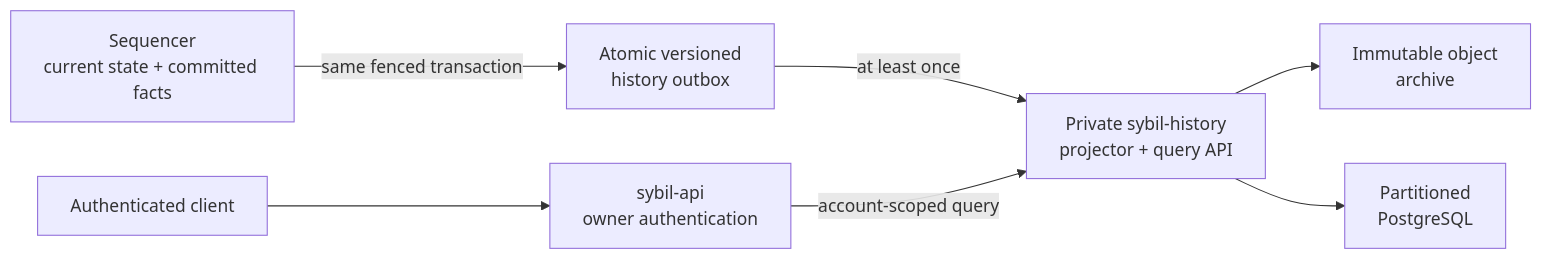
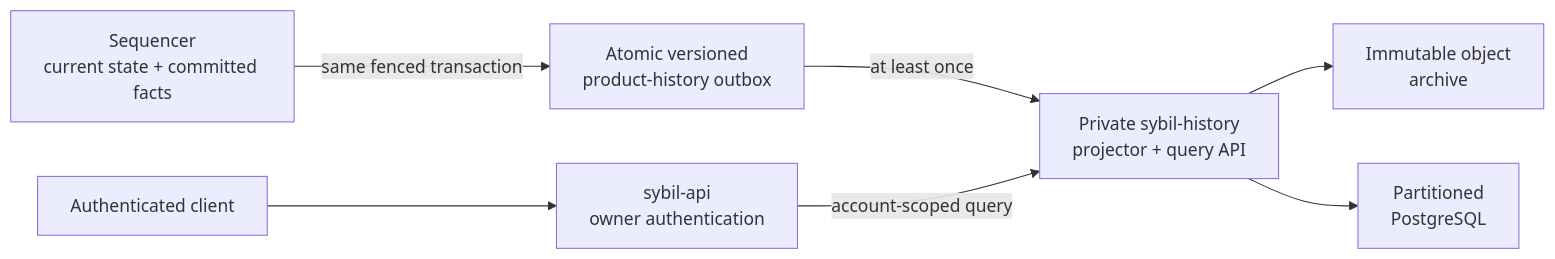
The diagram in design/history-service-architecture-2026-07-12.md (MetaB0y/sybil), drawn with Mermaid before and after one commit. The commit also changed 81 other files, not shown here.

````diff
--- a/design/history-service-architecture-2026-07-12.md
+++ b/design/history-service-architecture-2026-07-12.md
@@ -41,17 +41,17 @@
 ```mermaid
 flowchart LR
     SEQ["Sequencer<br/>current state + committed facts"]
-    OUT["Atomic versioned<br/>history outbox"]
+    OUT["Atomic versioned<br/>product-history outbox"]
     IDX["Private sybil-history<br/>projector + query API"]
     ARC["Immutable object<br/>archive"]
     PG["Partitioned<br/>PostgreSQL"]
     API["sybil-api<br/>owner authentication"]
     USER["Authenticated client"]
 
     SEQ -->|same fenced transaction| OUT
     OUT -->|at least once| IDX
     IDX --> ARC
     IDX --> PG
     USER --> API
     API -->|account-scoped query| IDX
 ```
````
